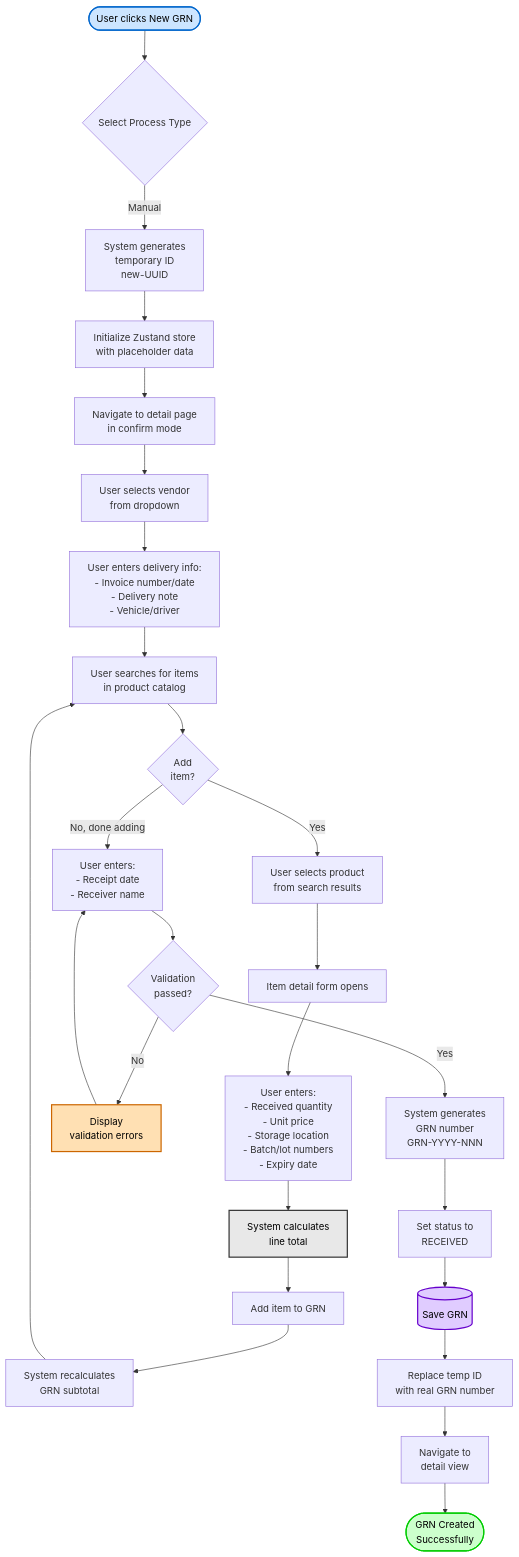
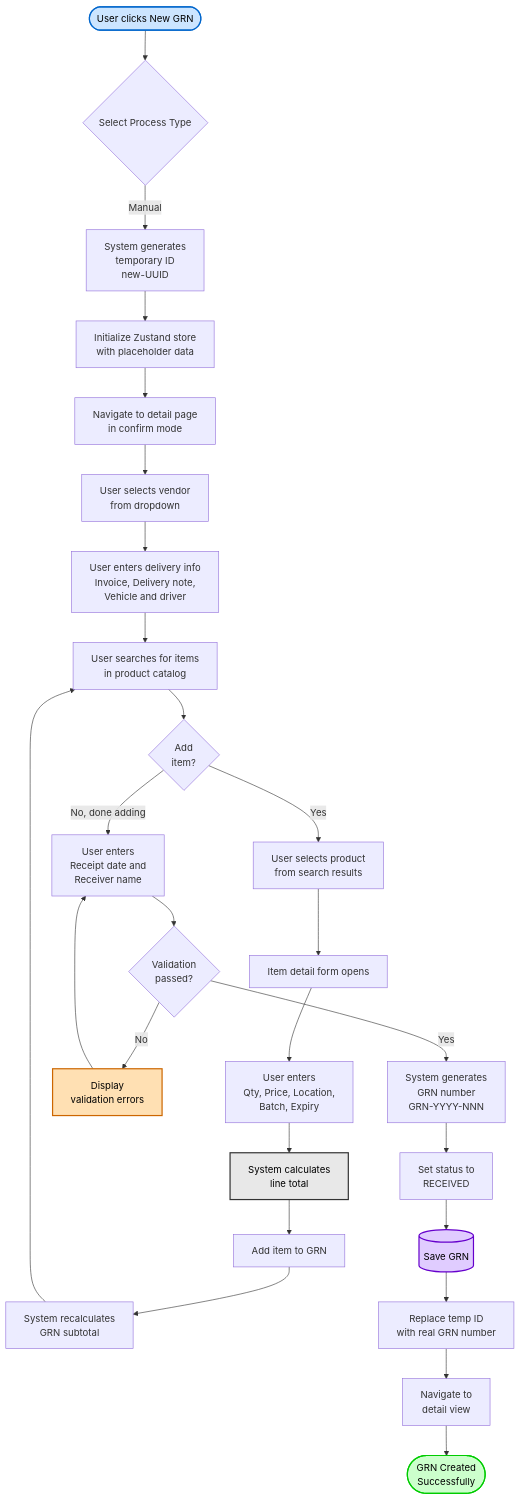
The second of 6 diagrams in docs/app/procurement/goods-received-notes/FD-goods-received-note.md (CarmenSoftware-organization/carmen), drawn with Mermaid before and after one commit. The commit also changed other lines of this file and 23 other files, not shown here.

````diff
--- a/docs/app/procurement/goods-received-notes/FD-goods-received-note.md
+++ b/docs/app/procurement/goods-received-notes/FD-goods-received-note.md
@@ -132,44 +137,44 @@
 ```mermaid
 flowchart TD
     Start([User clicks New GRN]) --> Select{Select Process Type}
     Select -->|Manual| GenTemp[System generates<br/>temporary ID<br/>new-UUID]
 
     GenTemp --> InitStore[Initialize Zustand store<br/>with placeholder data]
     InitStore --> NavConfirm[Navigate to detail page<br/>in confirm mode]
 
     NavConfirm --> SelectVendor[User selects vendor<br/>from dropdown]
-    SelectVendor --> EnterDelivery[User enters delivery info:<br/>- Invoice number/date<br/>- Delivery note<br/>- Vehicle/driver]
+    SelectVendor --> EnterDelivery[User enters delivery info<br/>Invoice, Delivery note,<br/>Vehicle and driver]
 
     EnterDelivery --> SearchItem[User searches for items<br/>in product catalog]
     SearchItem --> AddItem{Add<br/>item?}
 
     AddItem -->|Yes| SelectProduct[User selects product<br/>from search results]
     SelectProduct --> ItemForm[Item detail form opens]
 
-    ItemForm --> EnterItem[User enters:<br/>- Received quantity<br/>- Unit price<br/>- Storage location<br/>- Batch/lot numbers<br/>- Expiry date]
+    ItemForm --> EnterItem[User enters<br/>Qty, Price, Location,<br/>Batch, Expiry]
 
     EnterItem --> CalcLine[System calculates<br/>line total]
     CalcLine --> AddToList[Add item to GRN]
     AddToList --> UpdateTotal[System recalculates<br/>GRN subtotal]
     UpdateTotal --> SearchItem
 
-    AddItem -->|No, done adding| Receipt[User enters:<br/>- Receipt date<br/>- Receiver name]
+    AddItem -->|No, done adding| Receipt[User enters<br/>Receipt date and<br/>Receiver name]
     Receipt --> Validate{Validation<br/>passed?}
 
     Validate -->|No| ShowErrors[Display<br/>validation errors]
     ShowErrors --> Receipt
 
     Validate -->|Yes| GenNumber[System generates<br/>GRN number<br/>GRN-YYYY-NNN]
     GenNumber --> SetStatus[Set status to<br/>RECEIVED]
 
     SetStatus --> SaveGRN[(Save GRN)]
     SaveGRN --> UpdateID[Replace temp ID<br/>with real GRN number]
     UpdateID --> NavDetail[Navigate to<br/>detail view]
     NavDetail --> Success([GRN Created<br/>Successfully])
 
     style Start fill:#cce5ff,stroke:#0066cc,stroke-width:2px,color:#000
     style Success fill:#ccffcc,stroke:#00cc00,stroke-width:2px,color:#000
     style ShowErrors fill:#ffe0b3,stroke:#cc6600,stroke-width:2px,color:#000
     style SaveGRN fill:#e0ccff,stroke:#6600cc,stroke-width:2px,color:#000
     style CalcLine fill:#e8e8e8,stroke:#333,stroke-width:2px,color:#000
 ```
````
